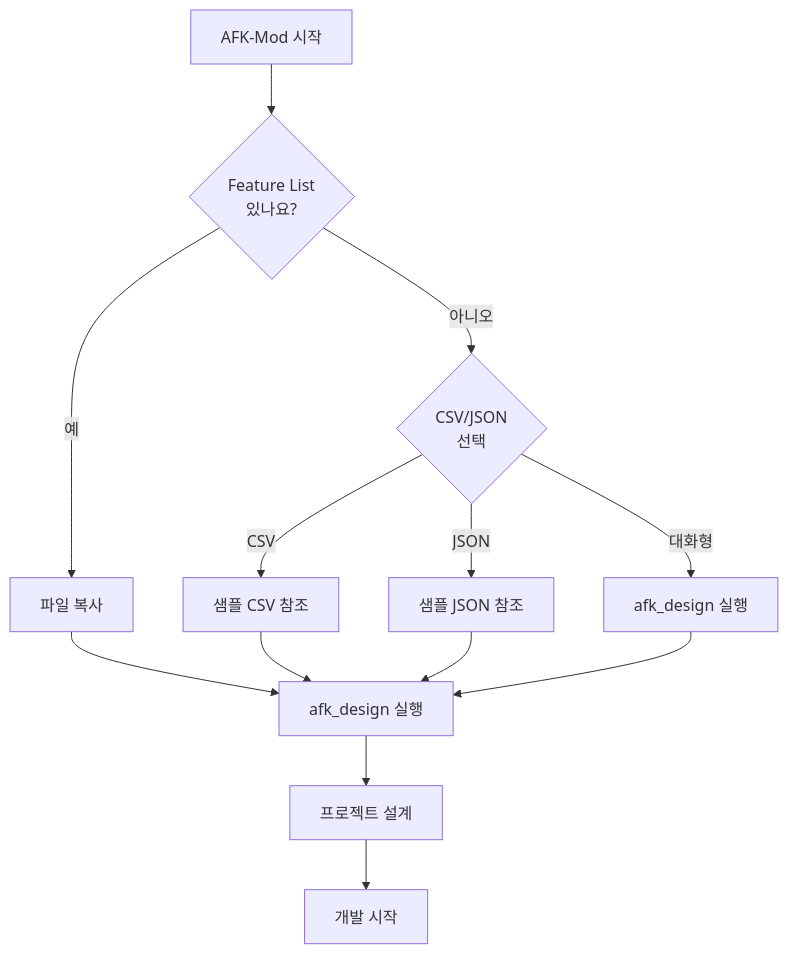
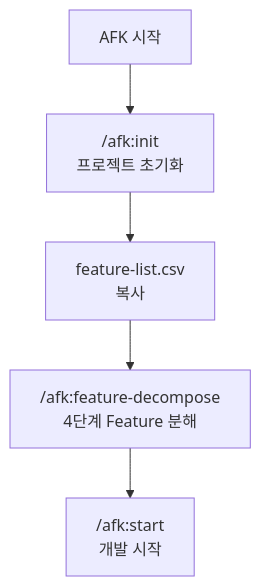
The second of 6 diagrams in docs/getting-started.md (robinseo/afk-mod), drawn with Mermaid before and after one commit. The commit also changed other lines of this file and 11 other files, not shown here.

````diff
--- a/docs/getting-started.md
+++ b/docs/getting-started.md
@@ -60,18 +57,7 @@
 ```mermaid
 flowchart TD
-    A[AFK-Mod 시작] --> B{Feature List<br/>있나요?}
-    B -->|예| C[파일 복사]
-    B -->|아니오| D{CSV/JSON<br/>선택}
-
-    D -->|CSV| E[샘플 CSV 참조]
-    D -->|JSON| F[샘플 JSON 참조]
-    D -->|대화형| G[afk_design 실행]
-
-    C --> H[afk_design 실행]
-    E --> H
-    F --> H
-    G --> H
-
-    H --> I[프로젝트 설계]
-    I --> J[개발 시작]
+    A[AFK 시작] --> B["/afk:init<br/>프로젝트 초기화"]
+    B --> C["feature-list.csv<br/>복사"]
+    C --> D["/afk:feature-decompose<br/>4단계 Feature 분해"]
+    D --> E["/afk:start<br/>개발 시작"]
 ```
````
